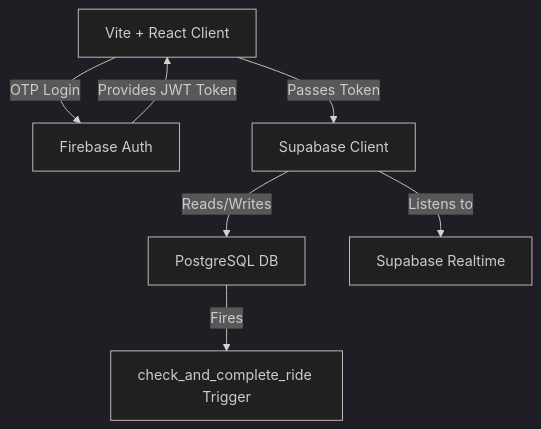
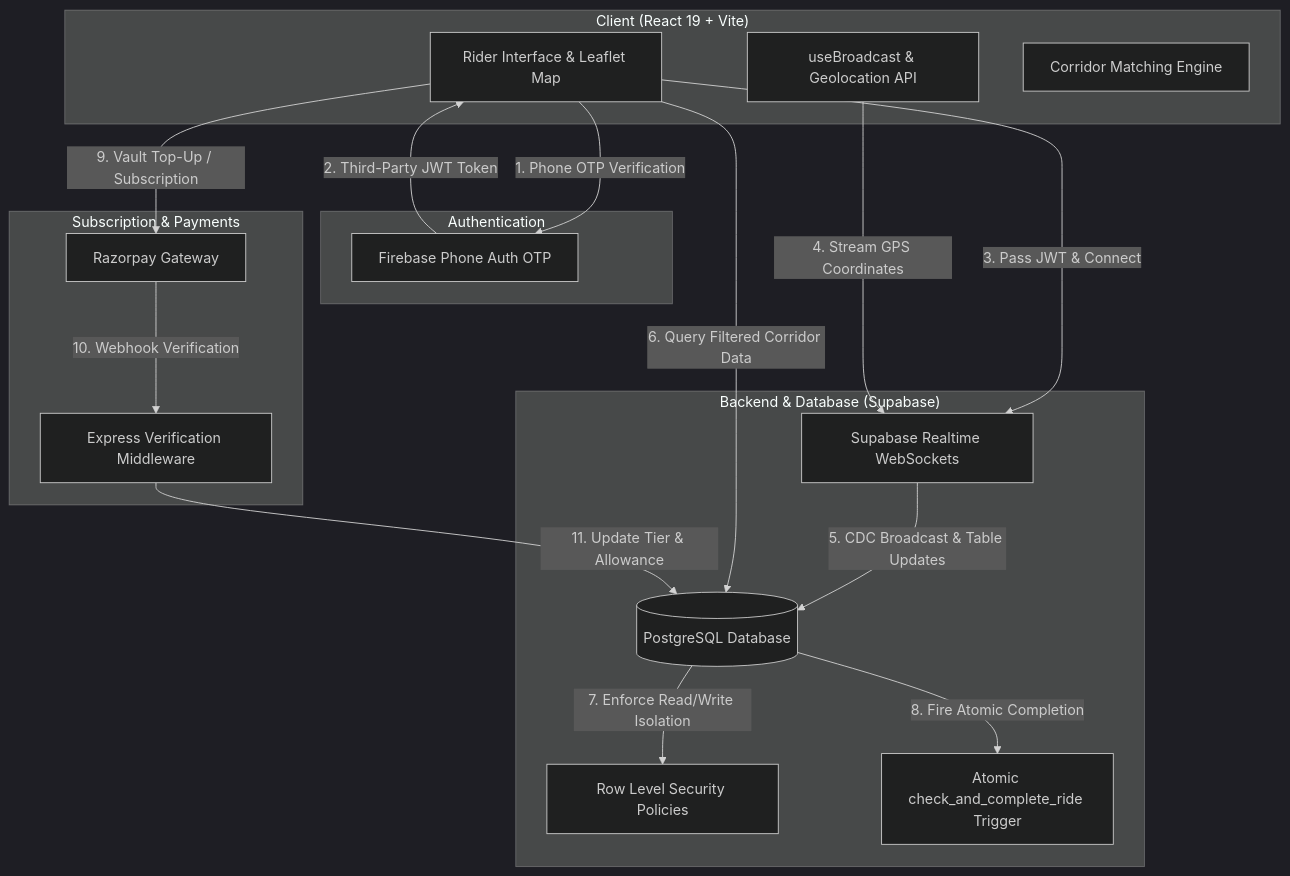
Before and after one commit to Hackbot-N-Shark/bob-ai-hackathon-CoPassage: the first of 2 diagrams in docs/architecture.md, drawn with Mermaid (dark theme). The commit also changed other lines of this file and 64 other files, not shown here.

````diff
--- a/docs/architecture.md
+++ b/docs/architecture.md
@@ -7,9 +9,36 @@
 ```mermaid
 graph TD
-    A[Vite + React Client] -->|OTP Login| B[Firebase Auth]
-    B -->|Provides JWT Token| A
-    A -->|Passes Token| C[Supabase Client]
-    C -->|Reads/Writes| D[PostgreSQL DB]
-    C -->|Listens to| E[Supabase Realtime]
-    D -->|Fires| F[check_and_complete_ride Trigger]
+    subgraph Client ["Client (React 19 + Vite)"]
+        UI[Rider Interface & Leaflet Map]
+        Geo[useBroadcast & Geolocation API]
+        State[Corridor Matching Engine]
+    end
+
+    subgraph Auth ["Authentication"]
+        FB[Firebase Phone Auth OTP]
+    end
+
+    subgraph Backend ["Backend & Database (Supabase)"]
+        RT[Supabase Realtime WebSockets]
+        DB[(PostgreSQL Database)]
+        RLS[Row Level Security Policies]
+        Trig[Atomic check_and_complete_ride Trigger]
+    end
+
+    subgraph Payments ["Subscription & Payments"]
+        RP[Razorpay Gateway]
+        MW[Express Verification Middleware]
+    end
+
+    UI -->|1. Phone OTP Verification| FB
+    FB -->|2. Third-Party JWT Token| UI
+    UI -->|3. Pass JWT & Connect| RT
+    Geo -->|4. Stream GPS Coordinates| RT
+    RT -->|5. CDC Broadcast & Table Updates| DB
+    UI -->|6. Query Filtered Corridor Data| DB
+    DB -->|7. Enforce Read/Write Isolation| RLS
+    DB -->|8. Fire Atomic Completion| Trig
+    UI -->|9. Vault Top-Up / Subscription| RP
+    RP -->|10. Webhook Verification| MW
+    MW -->|11. Update Tier & Allowance| DB
 ```
````
